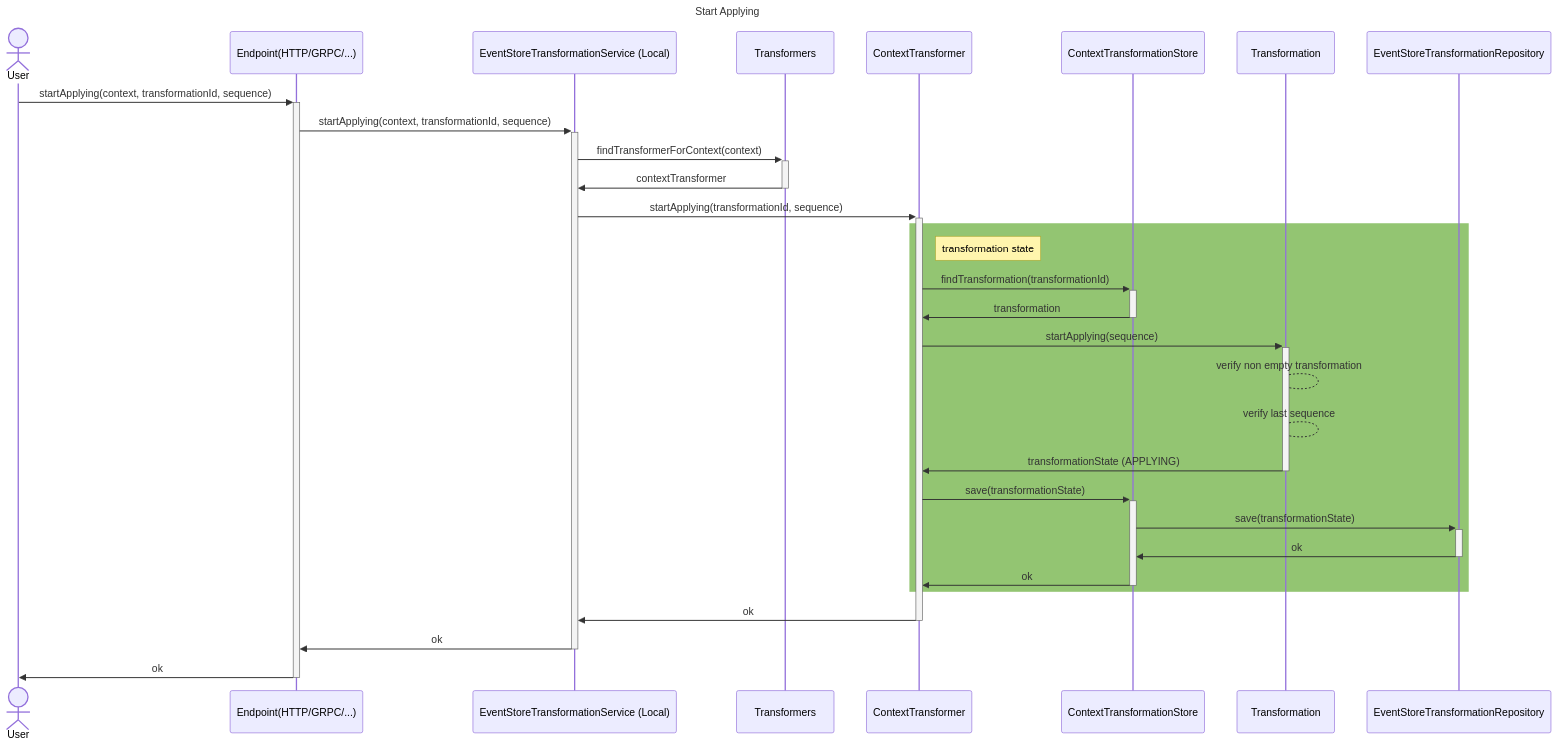
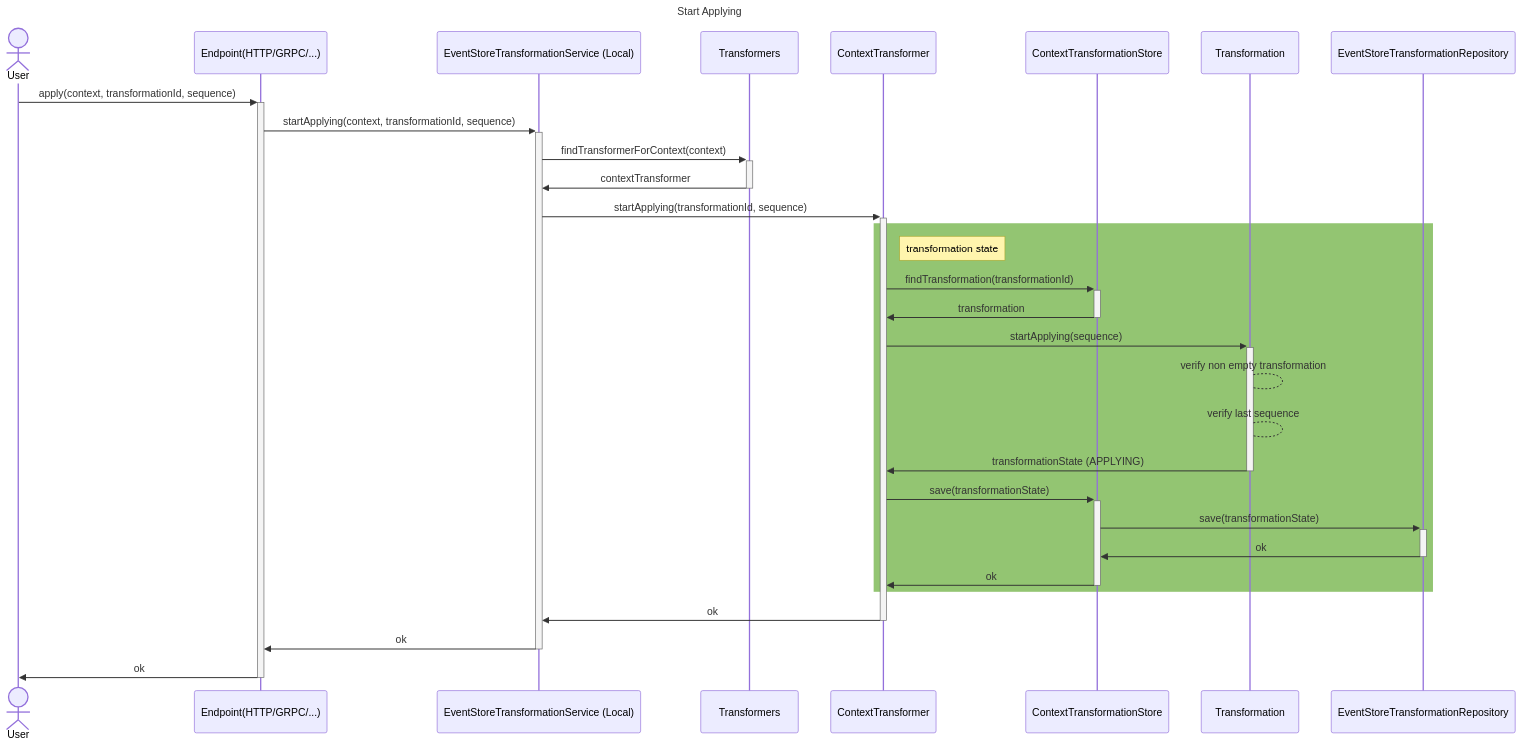
Before and after one commit to AxonIQ/axon-server-se: the first of 2 diagrams in axonserver-eventstore-transformation/docs/apply-transformation.md, drawn with Mermaid. The commit also changed 2 other files, not shown here.

Commit message:
wip: docs

````diff
--- a/axonserver-eventstore-transformation/docs/apply-transformation.md
+++ b/axonserver-eventstore-transformation/docs/apply-transformation.md
@@ -1,33 +1,33 @@
 ```mermaid
 sequenceDiagram
     title Start Applying
     actor u as User
     participant e as Endpoint(HTTP/GRPC/...)
     participant ests as EventStoreTransformationService (Local)
     participant transformers as Transformers
     participant ct as ContextTransformer
     participant cts as ContextTransformationStore
     participant t as Transformation
     participant estr as EventStoreTransformationRepository
-    u ->> +e: startApplying(context, transformationId, sequence)
+    u ->> +e: apply(context, transformationId, sequence)
     e ->> +ests: startApplying(context, transformationId, sequence)
     ests ->> +transformers: findTransformerForContext(context)
     transformers ->> -ests: contextTransformer
     ests ->> +ct: startApplying(transformationId, sequence)
     rect rgb(147, 197, 114)
         note right of ct: transformation state
         ct ->> +cts: findTransformation(transformationId)
         cts ->> -ct: transformation
         ct ->> +t: startApplying(sequence)
         t --> t: verify non empty transformation
         t --> t: verify last sequence 
         t ->> -ct: transformationState (APPLYING)
         ct ->> +cts: save(transformationState)
         cts ->> +estr: save(transformationState)
         estr ->> -cts: ok
         cts ->> -ct: ok
     end
     ct ->> -ests: ok
     ests ->> -e: ok
     e ->> -u: ok    
 ```
````
